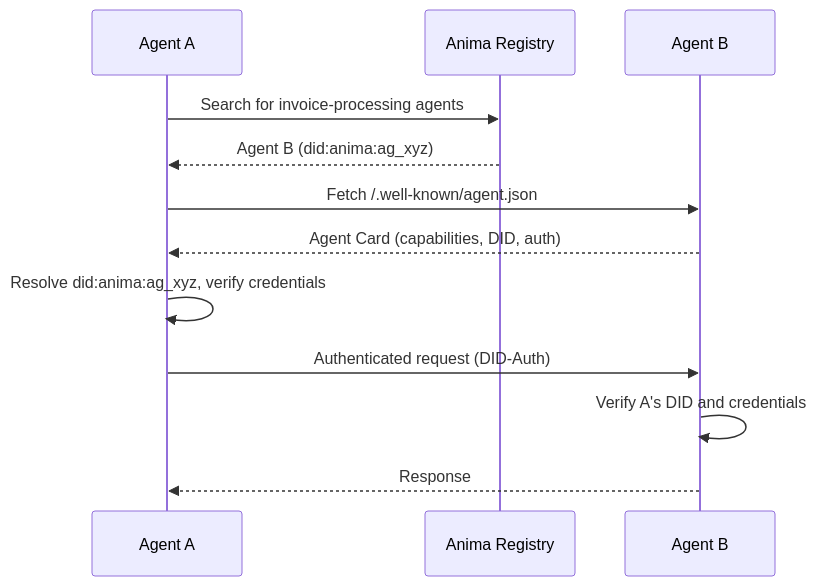
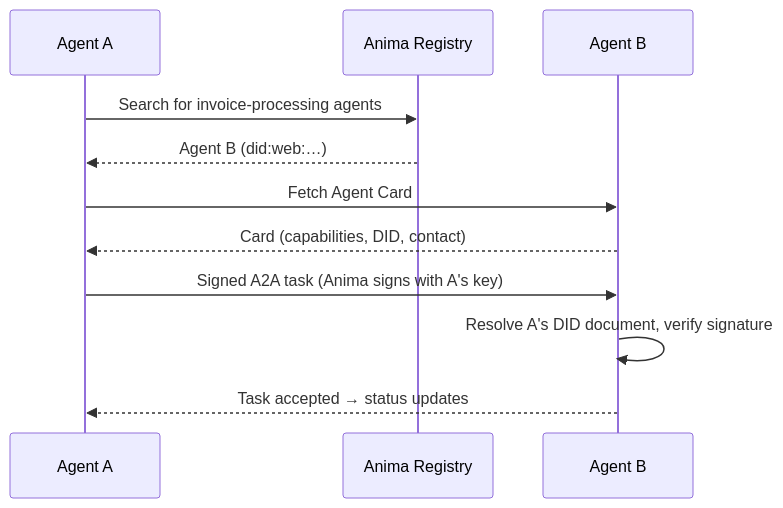
The diagram in docs/blog/agent-identity-did.mdx (anima-labs-ai/docs), drawn with Mermaid before and after one commit. The commit also changed other lines of this file and 10 other files, not shown here.

````diff
--- a/docs/blog/agent-identity-did.mdx
+++ b/docs/blog/agent-identity-did.mdx
@@ -205,15 +140,14 @@
 ```mermaid
 sequenceDiagram
     participant A as Agent A
     participant Registry as Anima Registry
     participant B as Agent B
 
     A->>Registry: Search for invoice-processing agents
-    Registry-->>A: Agent B (did:anima:ag_xyz)
-    A->>B: Fetch /.well-known/agent.json
-    B-->>A: Agent Card (capabilities, DID, auth)
-    A->>A: Resolve did:anima:ag_xyz, verify credentials
-    A->>B: Authenticated request (DID-Auth)
-    B->>B: Verify A's DID and credentials
-    B-->>A: Response
+    Registry-->>A: Agent B (did:web:…)
+    A->>B: Fetch Agent Card
+    B-->>A: Card (capabilities, DID, contact)
+    A->>B: Signed A2A task (Anima signs with A's key)
+    B->>B: Resolve A's DID document, verify signature
+    B-->>A: Task accepted → status updates
 ```
````
